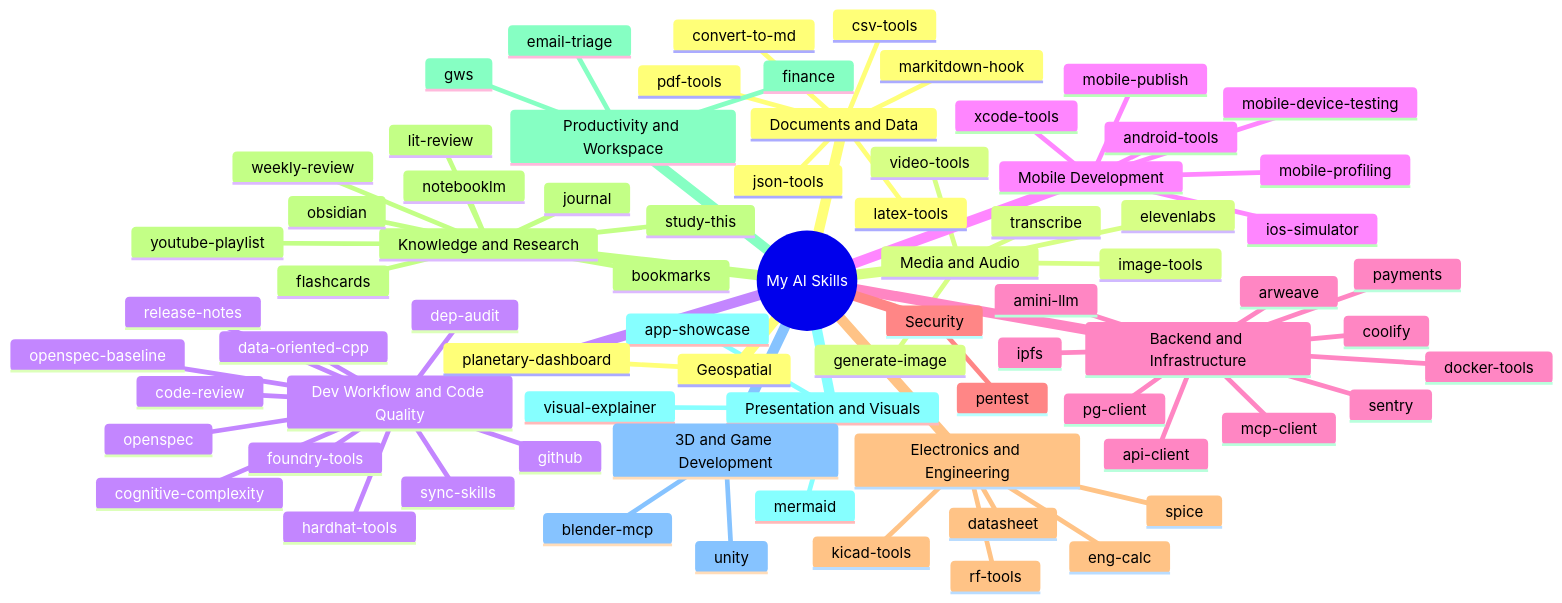
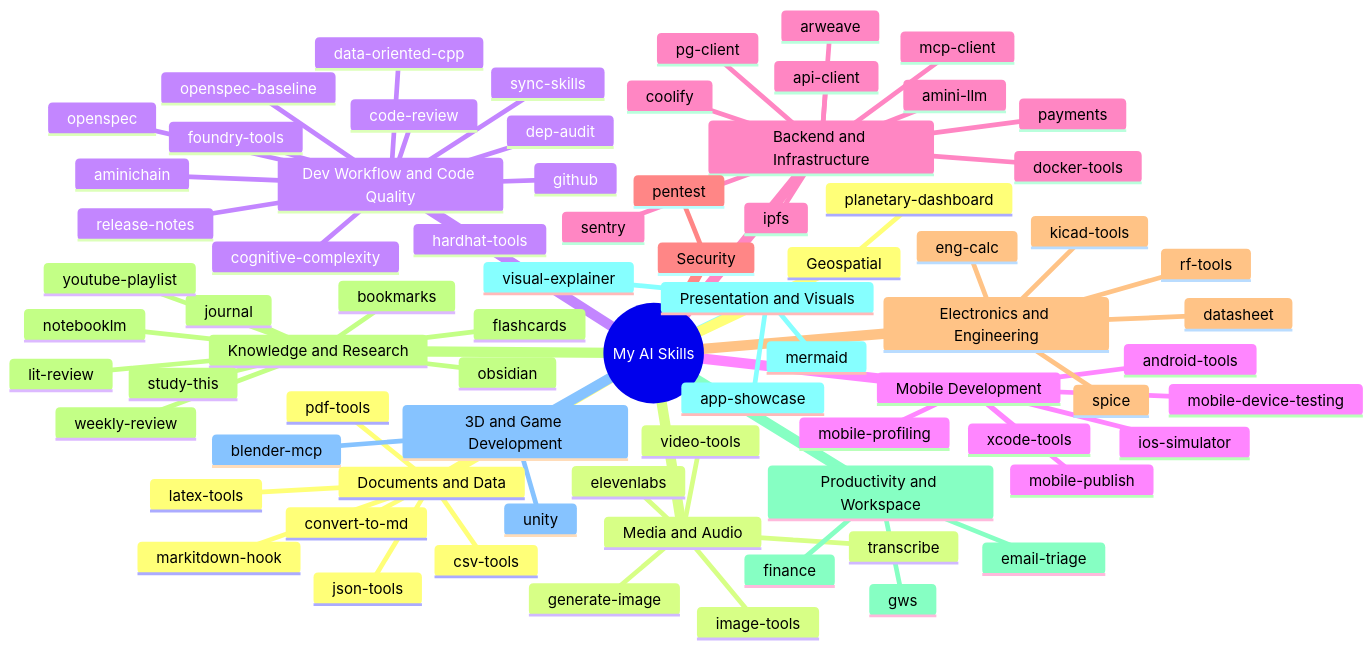
One commit to leonardoaraujosantos/my_ai_skills changed the diagram in README.md. Above: the diagram before and after it, drawn with Mermaid. The commit also changed other lines of this file and 4 other files, not shown here.

````diff
--- a/README.md
+++ b/README.md
@@ -9,78 +9,79 @@
 ```mermaid
 mindmap
   root((My AI Skills))
     Documents and Data
       convert-to-md
       csv-tools
       json-tools
       latex-tools
       markitdown-hook
       pdf-tools
     Media and Audio
       elevenlabs
       generate-image
       image-tools
       transcribe
       video-tools
     Dev Workflow and Code Quality
+      aminichain
       code-review
       cognitive-complexity
       data-oriented-cpp
       dep-audit
       foundry-tools
       github
       hardhat-tools
       openspec
       openspec-baseline
       release-notes
       sync-skills
     Mobile Development
       android-tools
       ios-simulator
       mobile-device-testing
       mobile-profiling
       mobile-publish
       xcode-tools
     Backend and Infrastructure
       amini-llm
       api-client
       arweave
       coolify
       docker-tools
       ipfs
       mcp-client
       payments
       pg-client
       sentry
     Security
       pentest
     Electronics and Engineering
       datasheet
       eng-calc
       kicad-tools
       rf-tools
       spice
     Knowledge and Research
       bookmarks
       flashcards
       journal
       lit-review
       notebooklm
       obsidian
       study-this
       weekly-review
       youtube-playlist
     Productivity and Workspace
       email-triage
       finance
       gws
     Presentation and Visuals
       app-showcase
       mermaid
       visual-explainer
     3D and Game Development
       blender-mcp
       unity
     Geospatial
       planetary-dashboard
 ```
````
